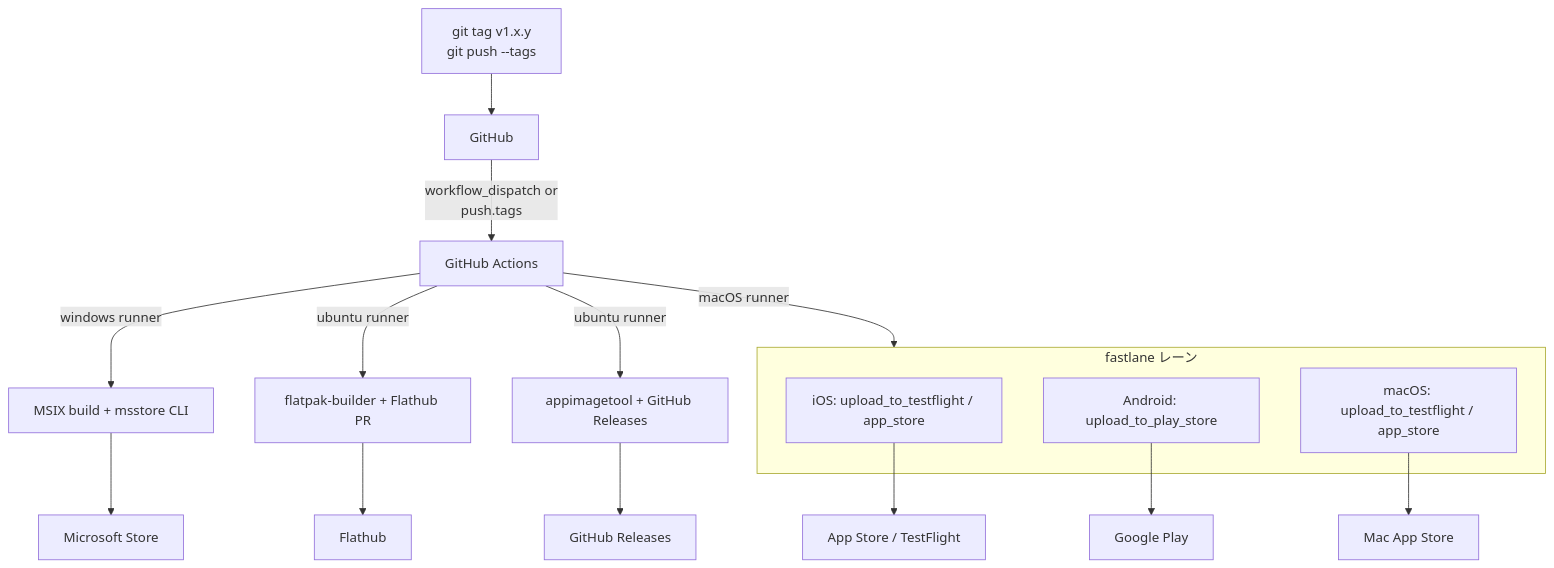
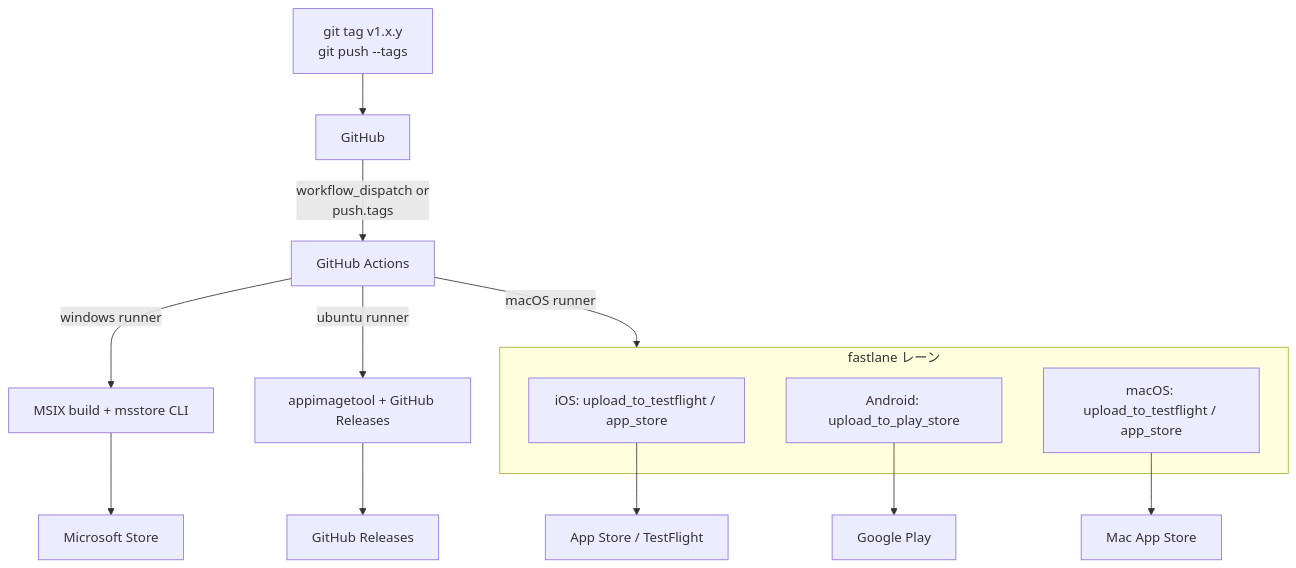
One commit to pooza/capsicum changed the second of 2 diagrams in docs/release-pipeline.md. Above: the diagram before and after it, drawn with Mermaid. The commit also changed other lines of this file and 12 other files, not shown here.

````diff
--- a/docs/release-pipeline.md
+++ b/docs/release-pipeline.md
@@ -33,23 +33,21 @@
 ```mermaid
 flowchart TB
     tag[git tag v1.x.y<br/>git push --tags] --> gh[GitHub]
     gh -->|workflow_dispatch or<br/>push.tags| actions[GitHub Actions]
 
     subgraph fastlane [fastlane レーン]
         ios_lane[iOS: upload_to_testflight / app_store]
         and_lane[Android: upload_to_play_store]
         mac_lane[macOS: upload_to_testflight / app_store]
     end
 
     actions -->|macOS runner| fastlane
     actions -->|windows runner| win[MSIX build + msstore CLI]
-    actions -->|ubuntu runner| flat[flatpak-builder + Flathub PR]
     actions -->|ubuntu runner| appimg[appimagetool + GitHub Releases]
 
     ios_lane --> appstore[App Store / TestFlight]
     and_lane --> playstore[Google Play]
     mac_lane --> macstore[Mac App Store]
     win --> msstore[Microsoft Store]
-    flat --> flathub[Flathub]
     appimg --> ghrel[GitHub Releases]
 ```
````
